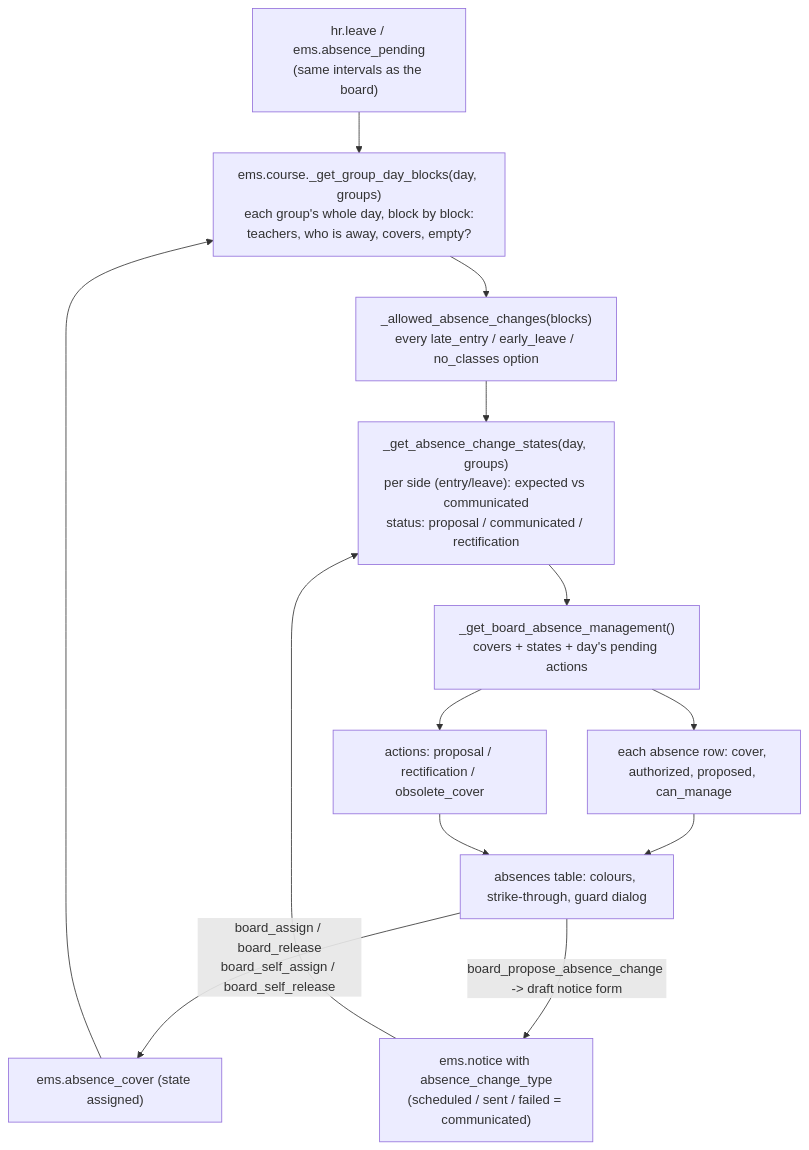
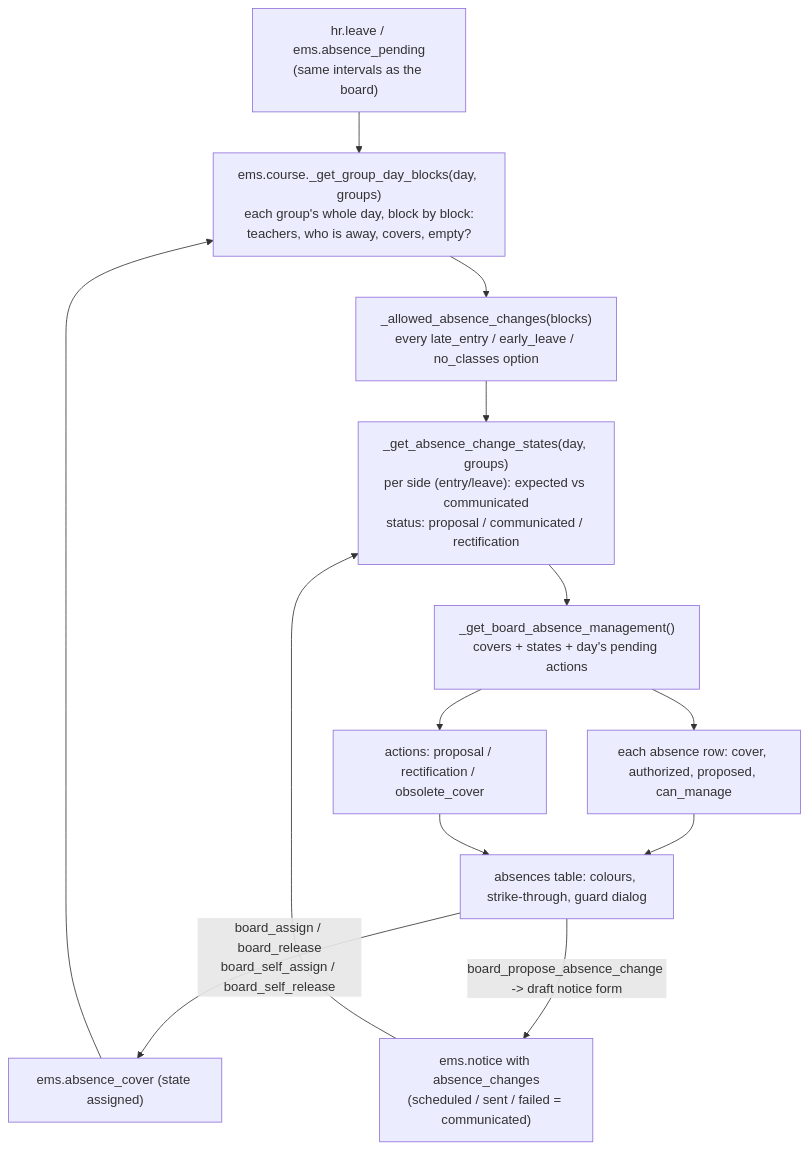
The fourth of 5 diagrams in docs/en/developers/attendance/guard_duty_board.md (ElPuig/EMS), drawn with Mermaid before and after one commit. The commit also changed other lines of this file and 10 other files, not shown here.

Commit message:
Document and translate the single, instantly sent arrangement notice (#652)

````diff
--- a/docs/en/developers/attendance/guard_duty_board.md
+++ b/docs/en/developers/attendance/guard_duty_board.md
@@ -650,15 +650,15 @@
 ```mermaid
 flowchart TD
     ABS["hr.leave / ems.absence_pending<br/>(same intervals as the board)"] --> BLK["ems.course._get_group_day_blocks(day, groups)<br/>each group's whole day, block by block:<br/>teachers, who is away, covers, empty?"]
     COV["ems.absence_cover (state assigned)"] --> BLK
     BLK --> EXP["_allowed_absence_changes(blocks)<br/>every late_entry / early_leave / no_classes option"]
-    NOT["ems.notice with absence_change_type<br/>(scheduled / sent / failed = communicated)"] --> ST
+    NOT["ems.notice with absence_changes<br/>(scheduled / sent / failed = communicated)"] --> ST
     EXP --> ST["_get_absence_change_states(day, groups)<br/>per side (entry/leave): expected vs communicated<br/>status: proposal / communicated / rectification"]
     ST --> MGT["_get_board_absence_management()<br/>covers + states + day's pending actions"]
     MGT --> ROWS["each absence row: cover, authorized, proposed, can_manage"]
     MGT --> ACT["actions: proposal / rectification / obsolete_cover"]
     ROWS --> UI["absences table: colours, strike-through, guard dialog"]
     ACT --> UI
     UI -->|"board_assign / board_release<br/>board_self_assign / board_self_release"| COV
     UI -->|"board_propose_absence_change -> draft notice form"| NOT
 ```
````
